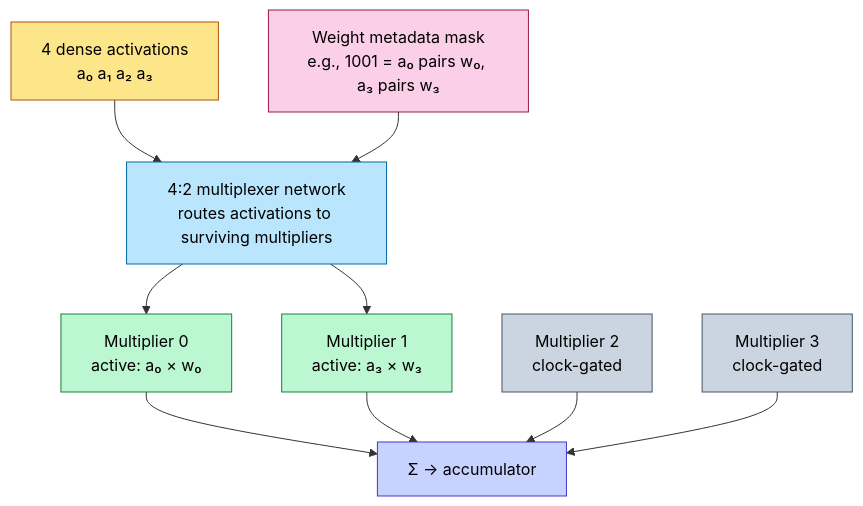
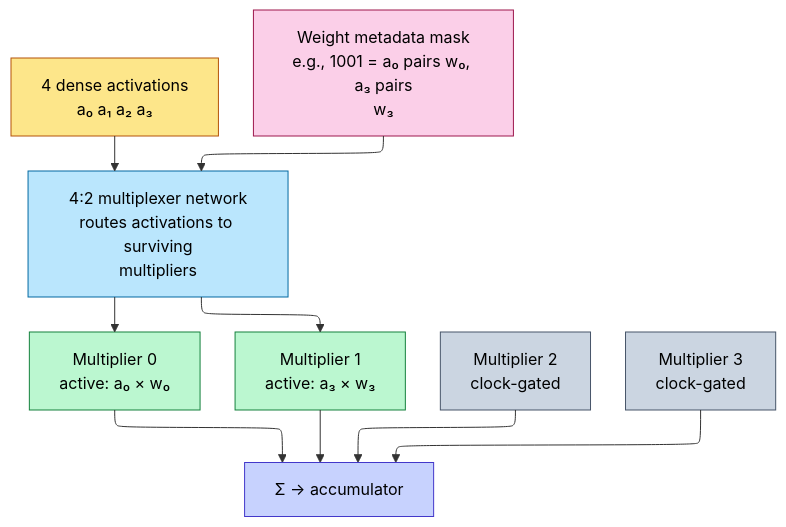
The seventh of 8 diagrams in ai_infra/L2_Digital_Design_for_AI/FP_Unit_Design.md (Wty2003328/ai_infra_intro), drawn with Mermaid before and after one commit. The commit also changed other lines of this file and 108 other files, not shown here.

````diff
--- a/ai_infra/L2_Digital_Design_for_AI/FP_Unit_Design.md
+++ b/ai_infra/L2_Digital_Design_for_AI/FP_Unit_Design.md
@@ -367,23 +373,24 @@
 ```mermaid
+%%{init: {"flowchart": {"defaultRenderer": "elk", "nodeSpacing": 60, "rankSpacing": 60, "htmlLabels": false}}}%%
 flowchart TD
     DENSE[4 dense activations<br/>a₀ a₁ a₂ a₃]:::act
-    META[Weight metadata mask<br/>e.g., 1001 = a₀ pairs w₀, a₃ pairs w₃]:::meta
-    MUX[4:2 multiplexer network<br/>routes activations to surviving multipliers]:::mux
+    META[Weight metadata mask<br/>e.g., 1001 = a₀ pairs w₀, a₃ pairs<br/>w₃]:::meta
+    MUX[4:2 multiplexer network<br/>routes activations to surviving<br/>multipliers]:::mux
     M0[Multiplier 0<br/>active: a₀ × w₀]:::active
     M1[Multiplier 1<br/>active: a₃ × w₃]:::active
     M2[Multiplier 2<br/>clock-gated]:::gated
     M3[Multiplier 3<br/>clock-gated]:::gated
     SUM[Σ → accumulator]:::sum
     DENSE --> MUX
     META --> MUX
     MUX --> M0 --> SUM
     MUX --> M1 --> SUM
     M2 --> SUM
     M3 --> SUM
     classDef act fill:#fde68a,stroke:#b45309,color:#000
     classDef meta fill:#fbcfe8,stroke:#9d174d,color:#000
     classDef mux fill:#bae6fd,stroke:#0369a1,color:#000
     classDef active fill:#bbf7d0,stroke:#15803d,color:#000
     classDef gated fill:#cbd5e1,stroke:#475569,color:#000
     classDef sum fill:#c7d2fe,stroke:#4338ca,color:#000
 ```
````
